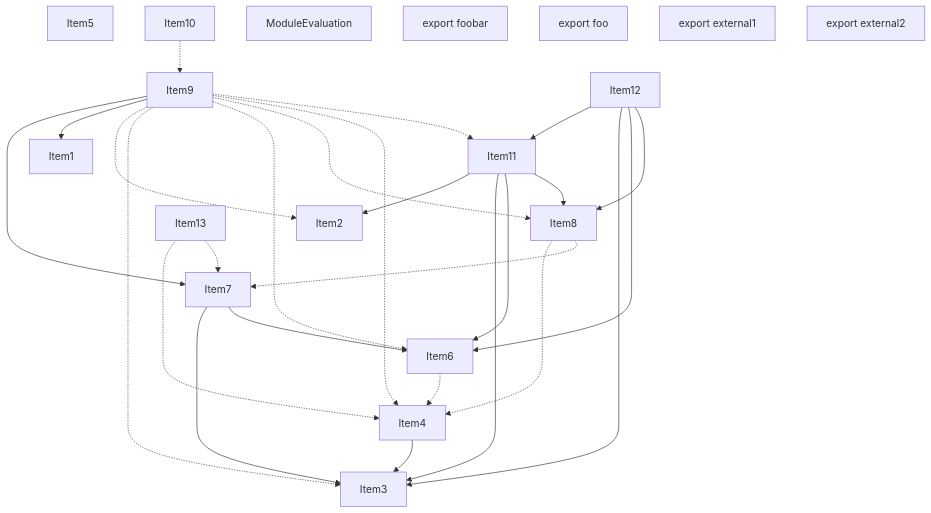
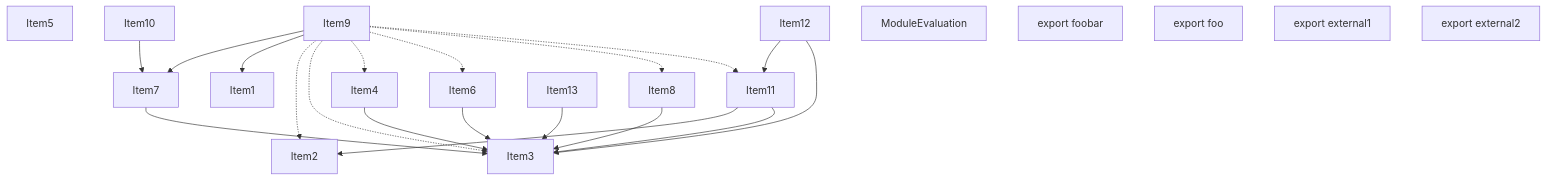
Before and after one commit to vercel/turborepo: the third of 4 diagrams in crates/turbopack-ecmascript/tests/tree-shaker/analyzer/1/output.md, drawn with Mermaid. The commit also changed other lines of this file and 2 other files, not shown here.

````diff
--- a/crates/turbopack-ecmascript/tests/tree-shaker/analyzer/1/output.md
+++ b/crates/turbopack-ecmascript/tests/tree-shaker/analyzer/1/output.md
@@ -205,51 +203,44 @@
 ```mermaid
 graph TD
     Item1;
     Item2;
     Item3;
     Item4;
     Item5;
     Item6;
     Item7;
     Item8;
     Item9;
     Item10;
     Item11;
     Item12;
     Item13;
     Item14;
     Item14["ModuleEvaluation"];
     Item15;
     Item15["export foobar"];
     Item16;
     Item16["export foo"];
     Item17;
     Item17["export external1"];
     Item18;
     Item18["export external2"];
     Item4 --> Item3;
-    Item6 -.-> Item4;
+    Item6 --> Item3;
     Item7 --> Item3;
-    Item7 --> Item6;
-    Item8 -.-> Item4;
-    Item8 -.-> Item7;
+    Item8 --> Item3;
     Item9 --> Item7;
     Item9 --> Item1;
     Item9 -.-> Item2;
     Item9 -.-> Item3;
+    Item9 -.-> Item4;
     Item9 -.-> Item6;
     Item9 -.-> Item8;
-    Item9 -.-> Item4;
     Item9 -.-> Item11;
-    Item10 -.-> Item9;
+    Item10 --> Item7;
     Item11 --> Item2;
     Item11 --> Item3;
-    Item11 --> Item6;
-    Item11 --> Item8;
     Item12 --> Item11;
     Item12 --> Item3;
-    Item12 --> Item6;
-    Item12 --> Item8;
-    Item13 -.-> Item4;
-    Item13 -.-> Item7;
+    Item13 --> Item3;
 ```
````
